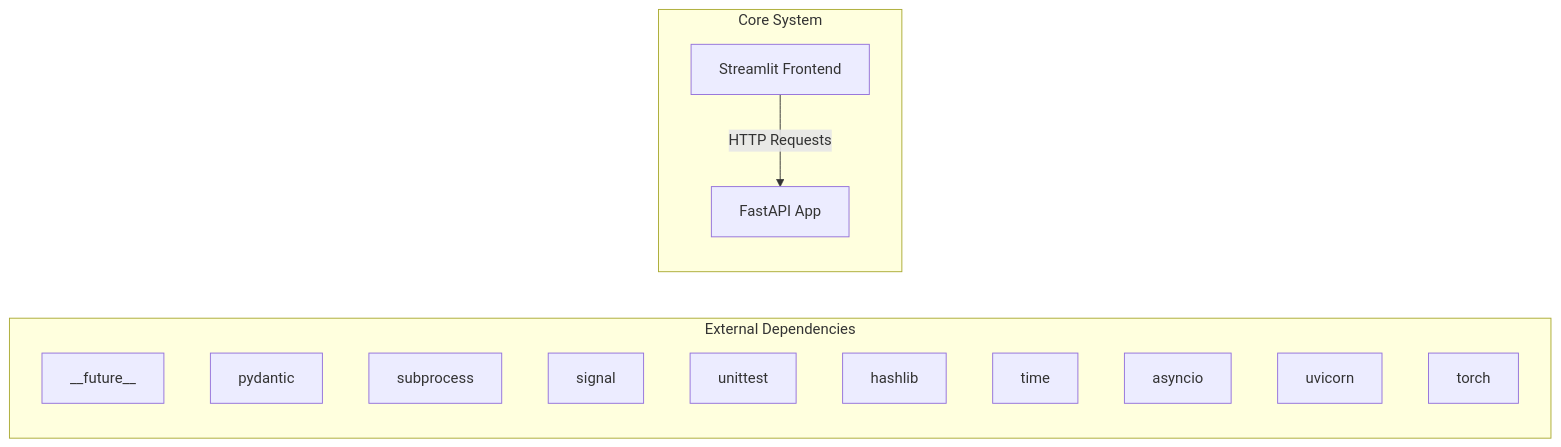
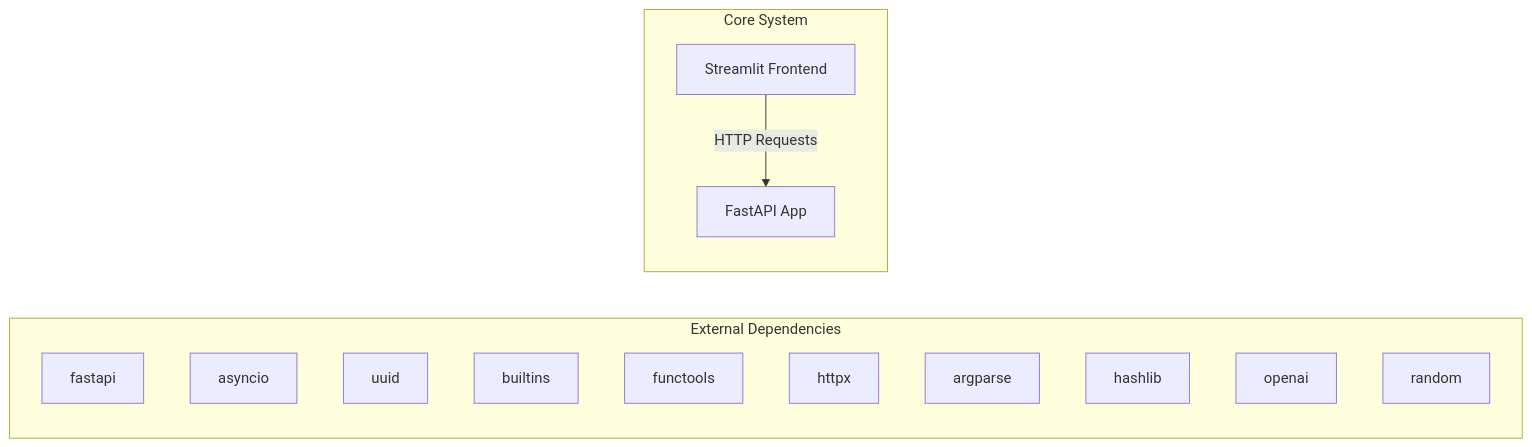
Before and after one commit to NITISH-R-G/rag-context-optimizer: the first of 2 diagrams in docs/architecture.md, drawn with Mermaid. The commit also changed 1 other file, not shown here.

Commit message:
docs: auto-update repository knowledge, architecture diagrams, and documentation

````diff
--- a/docs/architecture.md
+++ b/docs/architecture.md
@@ -7,20 +7,20 @@
 ```mermaid
 graph LR
     subgraph External Dependencies
-        E0["__future__"]
-        E1["pydantic"]
-        E2["subprocess"]
-        E3["signal"]
-        E4["unittest"]
-        E5["hashlib"]
-        E6["time"]
-        E7["asyncio"]
-        E8["uvicorn"]
-        E9["torch"]
+        E0["fastapi"]
+        E1["asyncio"]
+        E2["uuid"]
+        E3["builtins"]
+        E4["functools"]
+        E5["httpx"]
+        E6["argparse"]
+        E7["hashlib"]
+        E8["openai"]
+        E9["random"]
     end
     subgraph Core System
         API["FastAPI App"]
         UI["Streamlit Frontend"]
     end
     UI -->|HTTP Requests| API
 ```
````
